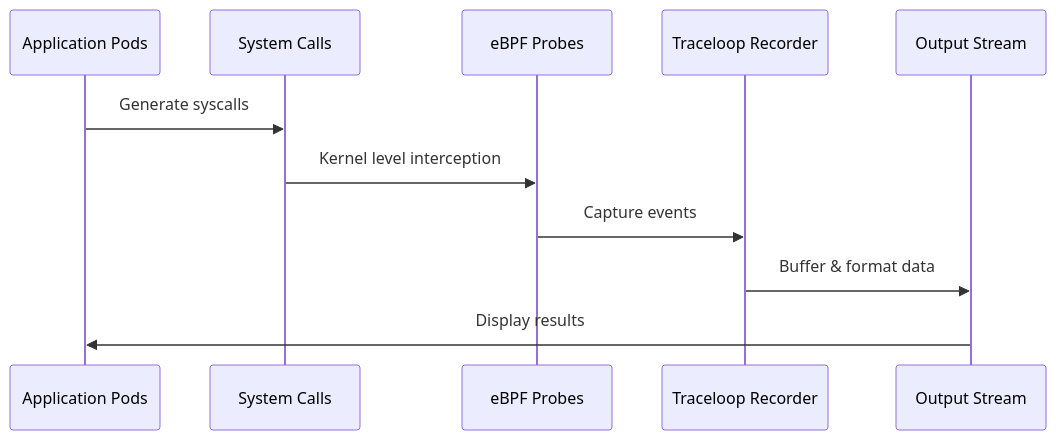
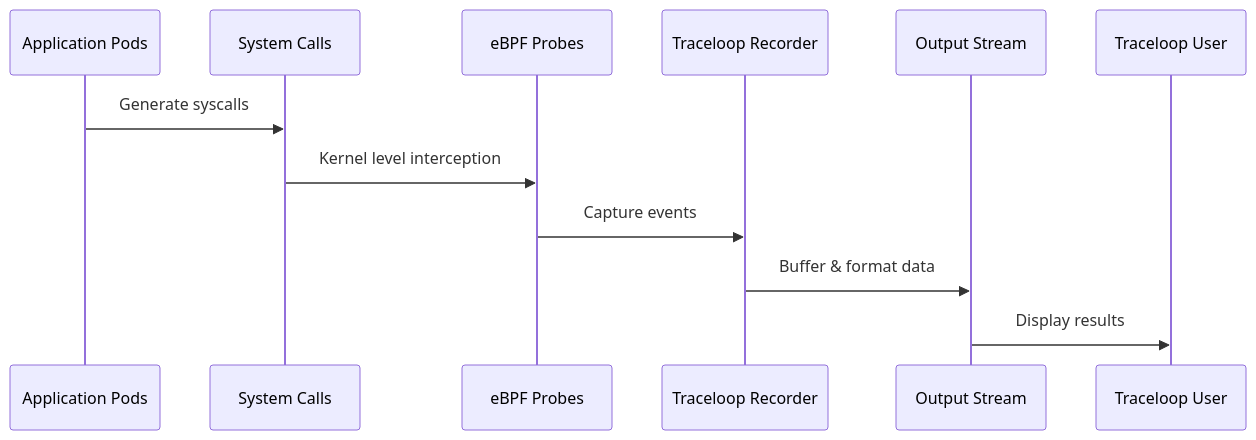
One commit to inspektor-gadget/inspektor-gadget changed the diagram in gadgets/traceloop/README.mdx. Above: the diagram before and after it, drawn with Mermaid.

Commit message:
Updated README.mdx
Updated the documentation with the correct flow diagram

````diff
--- a/gadgets/traceloop/README.mdx
+++ b/gadgets/traceloop/README.mdx
@@ -57,14 +57,14 @@
 ```mermaid
 sequenceDiagram
     participant App as Application Pods
     participant Kernel as System Calls
     participant eBPF as eBPF Probes
     participant Traceloop as Traceloop Recorder
     participant Output as Output Stream
-
+    participant User as Traceloop User
     App ->> Kernel: Generate syscalls
     Kernel ->> eBPF: Kernel level interception
     eBPF ->> Traceloop: Capture events
     Traceloop ->> Output: Buffer & format data
-    Output ->> App: Display results
+    Output ->> User: Display results
 ```
````
